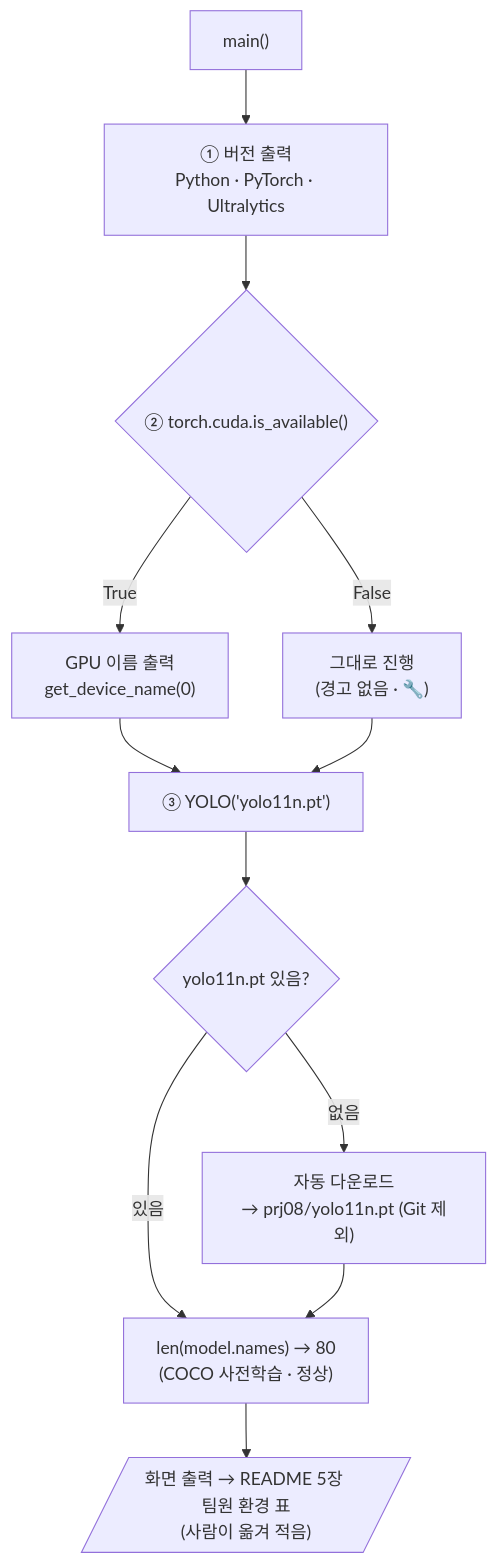
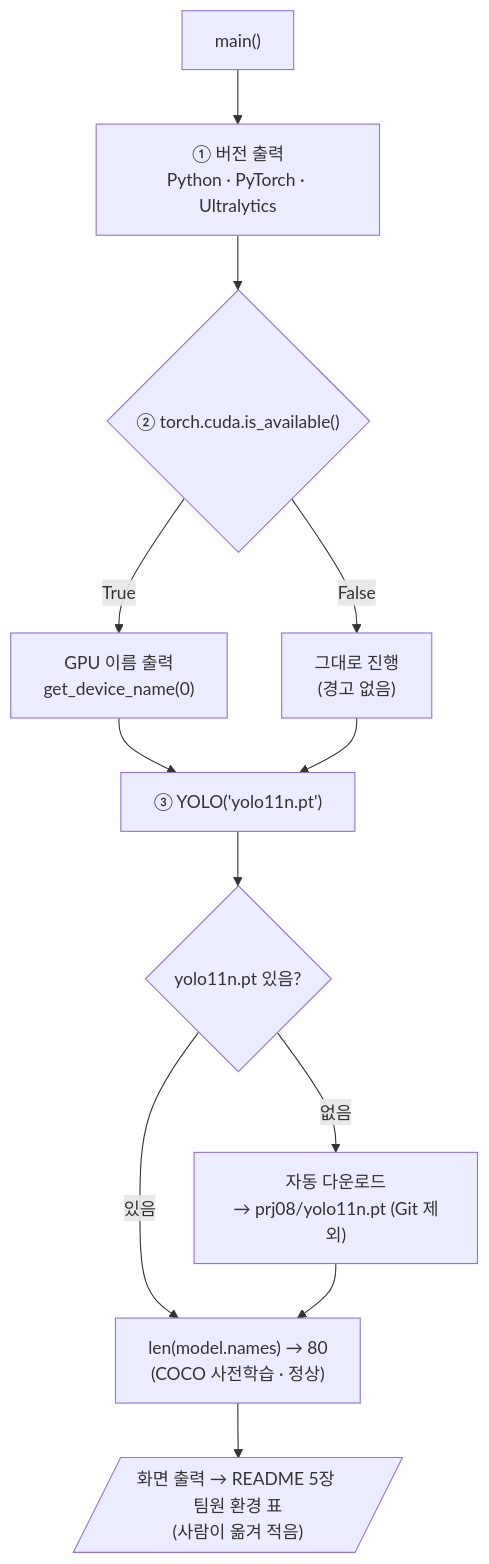
Before and after one commit to howolcat/prj2026.10: the diagram in prj08/docs/code_review/scripts/01_check_environment.md, drawn with Mermaid. The commit also changed other lines of this file and 8 other files, not shown here.

````diff
--- a/prj08/docs/code_review/scripts/01_check_environment.md
+++ b/prj08/docs/code_review/scripts/01_check_environment.md
@@ -29,14 +29,14 @@
 ```mermaid
 flowchart TD
     A["main()"] --> B["① 버전 출력<br/>Python · PyTorch · Ultralytics"]
     B --> C{"② torch.cuda.is_available()"}
     C -->|True| D["GPU 이름 출력<br/>get_device_name(0)"]
-    C -->|False| E["그대로 진행<br/>(경고 없음 · 🔧)"]
+    C -->|False| E["그대로 진행<br/>(경고 없음)"]
     D --> F["③ YOLO('yolo11n.pt')"]
     E --> F
     F --> G{"yolo11n.pt 있음?"}
     G -->|없음| H["자동 다운로드<br/>→ prj08/yolo11n.pt (Git 제외)"]
     G -->|있음| I
     H --> I["len(model.names) → 80<br/>(COCO 사전학습 · 정상)"]
     I --> J[/"화면 출력 → README 5장 팀원 환경 표<br/>(사람이 옮겨 적음)"/]
 ```
````
